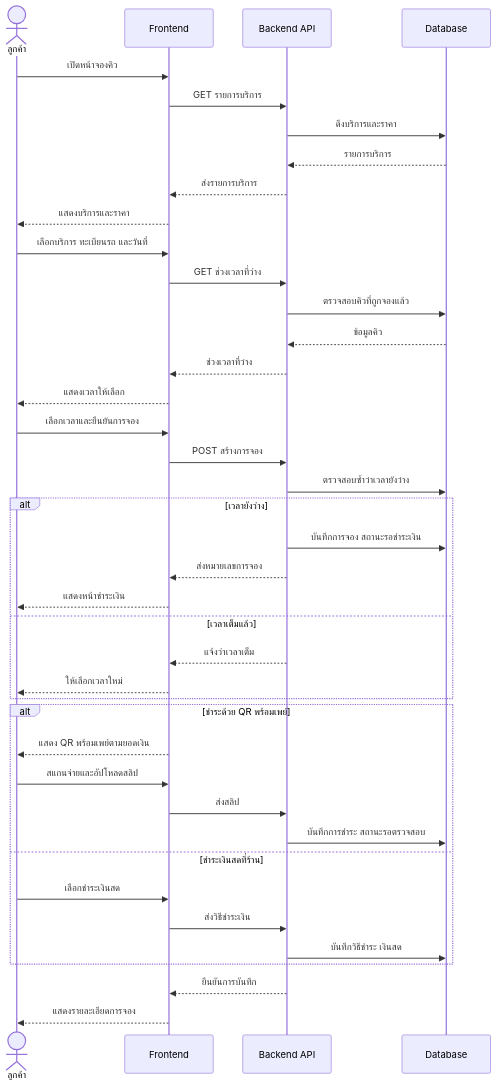
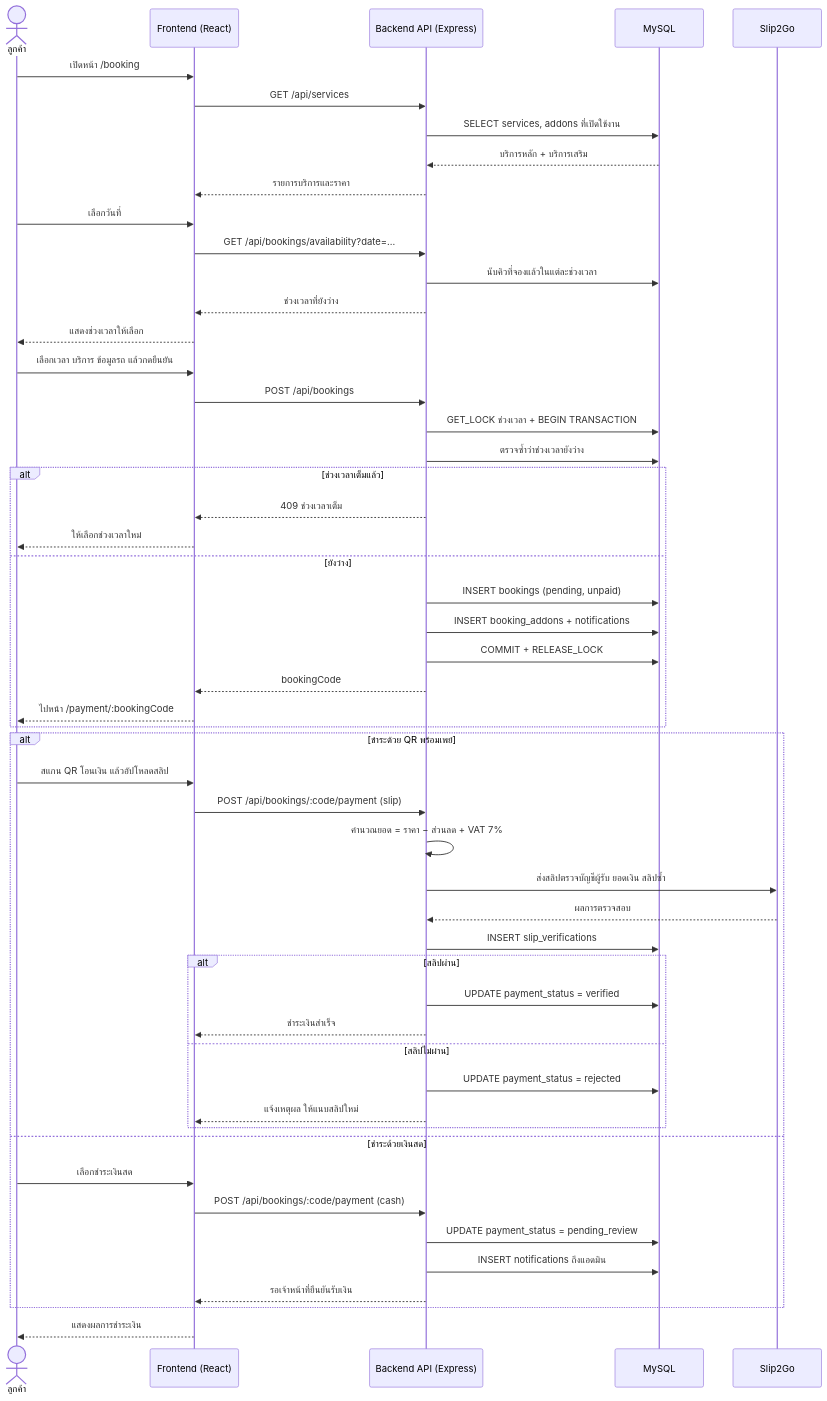
The seventh of 11 diagrams in README.md (Patipan26/Group22-CarWash-Queue), drawn with Mermaid before and after one commit. The commit also changed other lines of this file, not shown here.

````diff
--- a/README.md
+++ b/README.md
@@ -813,46 +832,58 @@
 ```mermaid
 sequenceDiagram
     actor C as ลูกค้า
-    participant FE as Frontend
-    participant BE as Backend API
-    participant DB as Database
+    participant FE as Frontend (React)
+    participant BE as Backend API (Express)
+    participant DB as MySQL
+    participant SG as Slip2Go
 
-    C->>FE: เปิดหน้าจองคิว
-    FE->>BE: GET รายการบริการ
-    BE->>DB: ดึงบริการและราคา
-    DB-->>BE: รายการบริการ
-    BE-->>FE: ส่งรายการบริการ
-    FE-->>C: แสดงบริการและราคา
+    C->>FE: เปิดหน้า /booking
+    FE->>BE: GET /api/services
+    BE->>DB: SELECT services, addons ที่เปิดใช้งาน
+    DB-->>BE: บริการหลัก + บริการเสริม
+    BE-->>FE: รายการบริการและราคา
 
-    C->>FE: เลือกบริการ ทะเบียนรถ และวันที่
-    FE->>BE: GET ช่วงเวลาที่ว่าง
-    BE->>DB: ตรวจสอบคิวที่ถูกจองแล้ว
-    DB-->>BE: ข้อมูลคิว
-    BE-->>FE: ช่วงเวลาที่ว่าง
-    FE-->>C: แสดงเวลาให้เลือก
+    C->>FE: เลือกวันที่
+    FE->>BE: GET /api/bookings/availability?date=...
+    BE->>DB: นับคิวที่จองแล้วในแต่ละช่วงเวลา
+    BE-->>FE: ช่วงเวลาที่ยังว่าง
+    FE-->>C: แสดงช่วงเวลาให้เลือก
 
-    C->>FE: เลือกเวลาและยืนยันการจอง
-    FE->>BE: POST สร้างการจอง
-    BE->>DB: ตรวจสอบซ้ำว่าเวลายังว่าง
-    alt เวลายังว่าง
-        BE->>DB: บันทึกการจอง สถานะรอชำระเงิน
-        BE-->>FE: ส่งหมายเลขการจอง
-        FE-->>C: แสดงหน้าชำระเงิน
-    else เวลาเต็มแล้ว
-        BE-->>FE: แจ้งว่าเวลาเต็ม
-        FE-->>C: ให้เลือกเวลาใหม่
+    C->>FE: เลือกเวลา บริการ ข้อมูลรถ แล้วกดยืนยัน
+    FE->>BE: POST /api/bookings
+    BE->>DB: GET_LOCK ช่วงเวลา + BEGIN TRANSACTION
+    BE->>DB: ตรวจซ้ำว่าช่วงเวลายังว่าง
+    alt ช่วงเวลาเต็มแล้ว
+        BE-->>FE: 409 ช่วงเวลาเต็ม
+        FE-->>C: ให้เลือกช่วงเวลาใหม่
+    else ยังว่าง
+        BE->>DB: INSERT bookings (pending, unpaid)
+        BE->>DB: INSERT booking_addons + notifications
+        BE->>DB: COMMIT + RELEASE_LOCK
+        BE-->>FE: bookingCode
+        FE-->>C: ไปหน้า /payment/:bookingCode
     end
 
     alt ชำระด้วย QR พร้อมเพย์
-        FE-->>C: แสดง QR พร้อมเพย์ตามยอดเงิน
-        C->>FE: สแกนจ่ายและอัปโหลดสลิป
-        FE->>BE: ส่งสลิป
-        BE->>DB: บันทึกการชำระ สถานะรอตรวจสอบ
-    else ชำระเงินสดที่ร้าน
+        C->>FE: สแกน QR โอนเงิน แล้วอัปโหลดสลิป
+        FE->>BE: POST /api/bookings/:code/payment (slip)
+        BE->>BE: คำนวณยอด = ราคา − ส่วนลด + VAT 7%
+        BE->>SG: ส่งสลิปตรวจบัญชีผู้รับ ยอดเงิน สลิปซ้ำ
+        SG-->>BE: ผลการตรวจสอบ
+        BE->>DB: INSERT slip_verifications
+        alt สลิปผ่าน
+            BE->>DB: UPDATE payment_status = verified
+            BE-->>FE: ชำระเงินสำเร็จ
+        else สลิปไม่ผ่าน
+            BE->>DB: UPDATE payment_status = rejected
+            BE-->>FE: แจ้งเหตุผล ให้แนบสลิปใหม่
+        end
+    else ชำระด้วยเงินสด
         C->>FE: เลือกชำระเงินสด
-        FE->>BE: ส่งวิธีชำระเงิน
-        BE->>DB: บันทึกวิธีชำระ เงินสด
+        FE->>BE: POST /api/bookings/:code/payment (cash)
+        BE->>DB: UPDATE payment_status = pending_review
+        BE->>DB: INSERT notifications ถึงแอดมิน
+        BE-->>FE: รอเจ้าหน้าที่ยืนยันรับเงิน
     end
-    BE-->>FE: ยืนยันการบันทึก
-    FE-->>C: แสดงรายละเอียดการจอง
+    FE-->>C: แสดงผลการชำระเงิน
 ```
````
